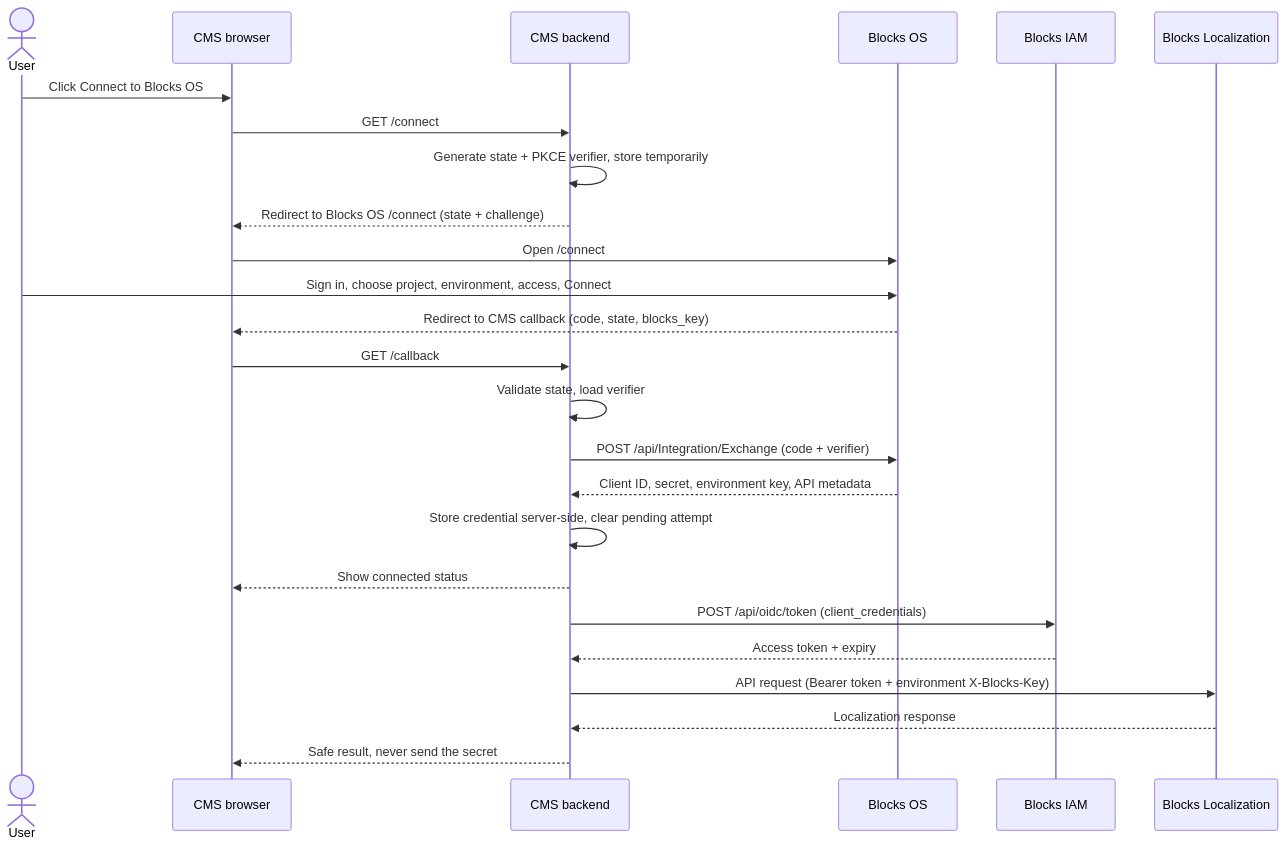
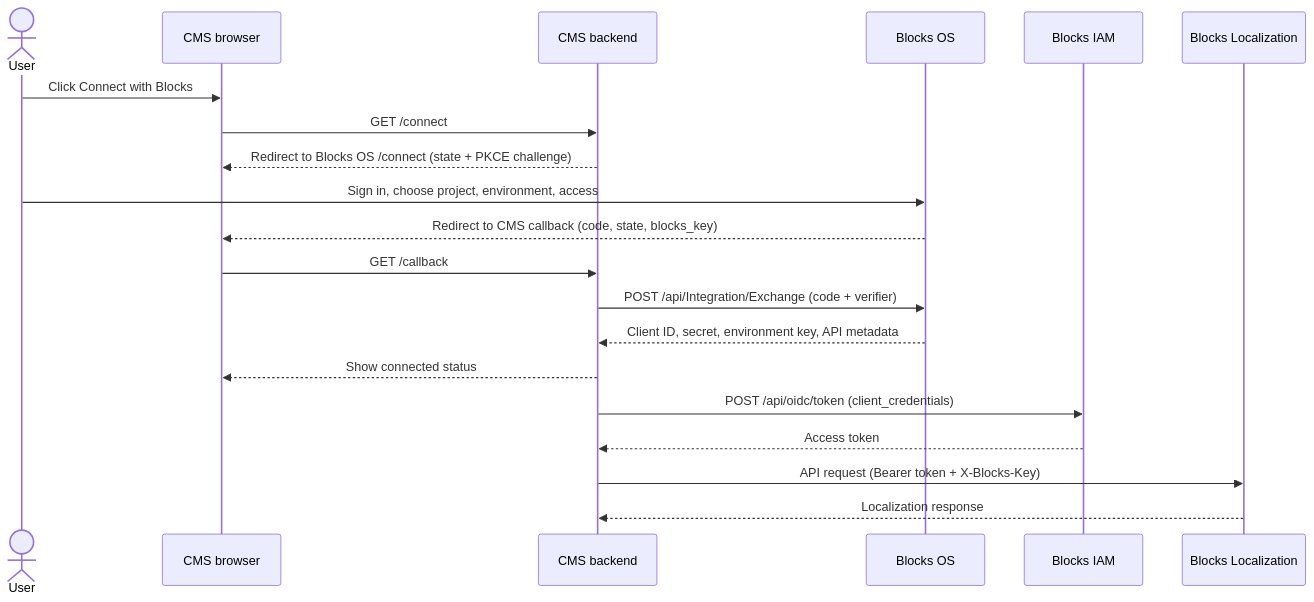
The diagram in README.md (kazi-lakit/os-cms-conection), drawn with Mermaid before and after one commit. The commit also changed other lines of this file, not shown here.

Commit message:
Refactor README.md for clarity and accuracy; update project description, connection instructions, and sequence diagram

````diff
--- a/README.md
+++ b/README.md
@@ -25,28 +29,23 @@
 ```mermaid
 sequenceDiagram
     actor User
     participant Browser as CMS browser
     participant CMS as CMS backend
     participant OS as Blocks OS
     participant IAM as Blocks IAM
     participant L10n as Blocks Localization
 
-    User->>Browser: Click Connect to Blocks OS
+    User->>Browser: Click Connect with Blocks
     Browser->>CMS: GET /connect
-    CMS->>CMS: Generate state + PKCE verifier, store temporarily
-    CMS-->>Browser: Redirect to Blocks OS /connect (state + challenge)
-    Browser->>OS: Open /connect
-    User->>OS: Sign in, choose project, environment, access, Connect
+    CMS-->>Browser: Redirect to Blocks OS /connect (state + PKCE challenge)
+    User->>OS: Sign in, choose project, environment, access
     OS-->>Browser: Redirect to CMS callback (code, state, blocks_key)
     Browser->>CMS: GET /callback
-    CMS->>CMS: Validate state, load verifier
     CMS->>OS: POST /api/Integration/Exchange (code + verifier)
     OS-->>CMS: Client ID, secret, environment key, API metadata
-    CMS->>CMS: Store credential server-side, clear pending attempt
     CMS-->>Browser: Show connected status
     CMS->>IAM: POST /api/oidc/token (client_credentials)
-    IAM-->>CMS: Access token + expiry
-    CMS->>L10n: API request (Bearer token + environment X-Blocks-Key)
+    IAM-->>CMS: Access token
+    CMS->>L10n: API request (Bearer token + X-Blocks-Key)
     L10n-->>CMS: Localization response
-    CMS-->>Browser: Safe result, never send the secret
 ```
````
